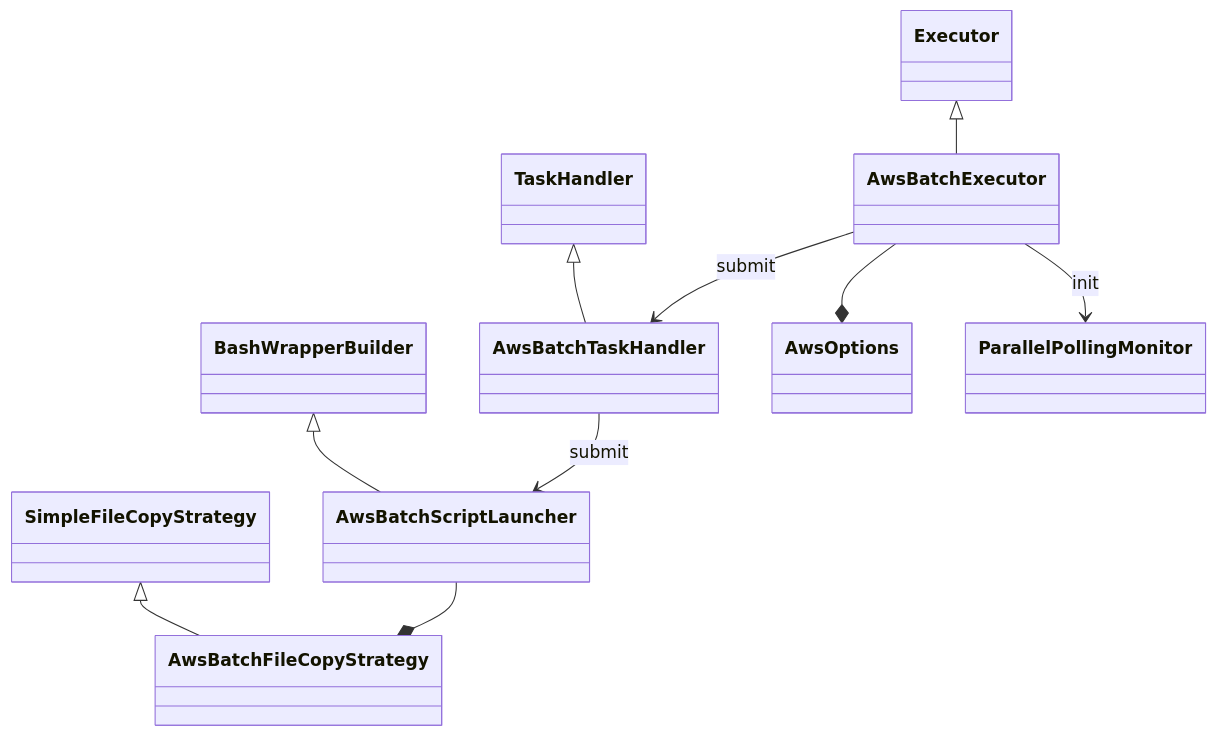
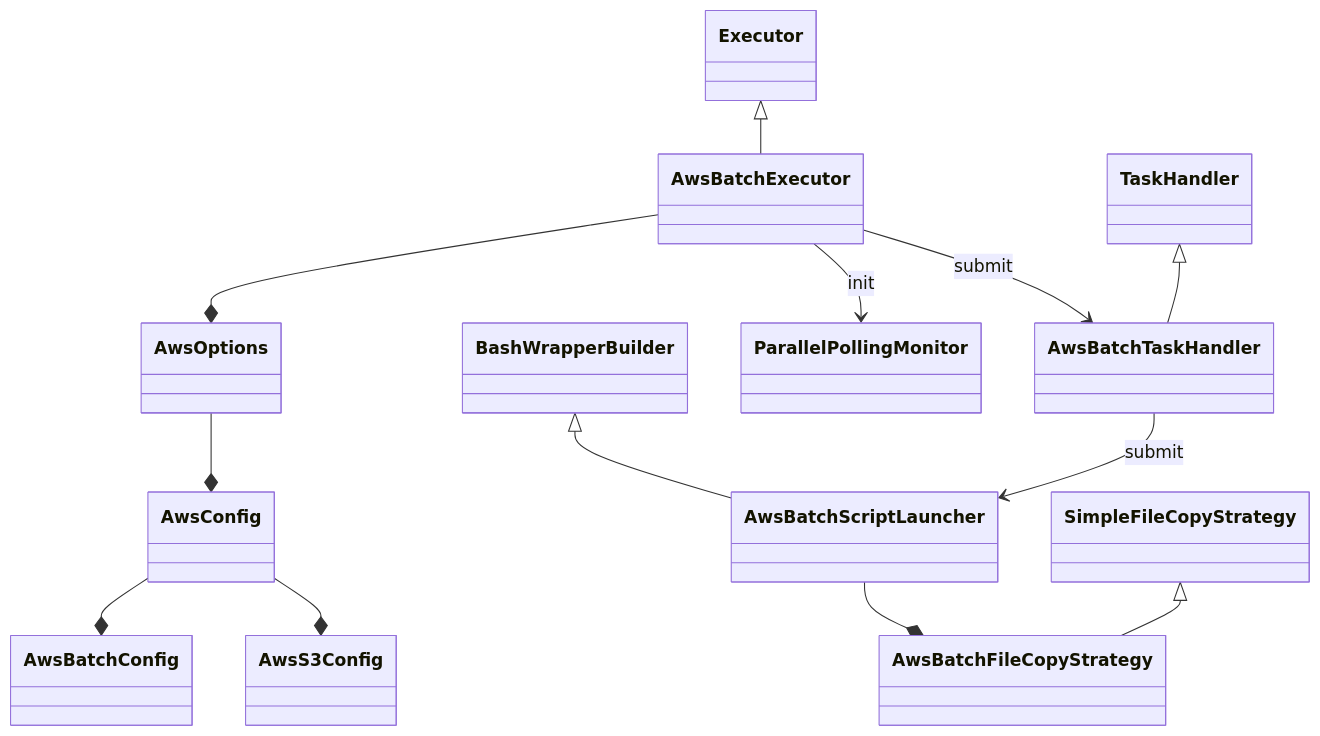
Before and after one commit to nextflow-io/nextflow: the diagram in docs/developer/diagrams/nextflow.cloud.aws.mmd, drawn with Mermaid. The commit also changed 25 other files, not shown here.

```diff
--- a/docs/developer/diagrams/nextflow.cloud.aws.mmd
+++ b/docs/developer/diagrams/nextflow.cloud.aws.mmd
@@ -1,16 +1,19 @@
 classDiagram
     %%
     %% nextflow.cloud.aws
     %%
     Executor <|-- AwsBatchExecutor
     TaskHandler <|-- AwsBatchTaskHandler
     BashWrapperBuilder <|-- AwsBatchScriptLauncher
 
     AwsBatchExecutor --* AwsOptions
+    AwsOptions --* AwsConfig
+    AwsConfig --* AwsBatchConfig
+    AwsConfig --* AwsS3Config
 
     AwsBatchExecutor --> ParallelPollingMonitor : init
     AwsBatchExecutor --> AwsBatchTaskHandler : submit
     AwsBatchTaskHandler --> AwsBatchScriptLauncher : submit
 
     SimpleFileCopyStrategy <|-- AwsBatchFileCopyStrategy
     AwsBatchScriptLauncher --* AwsBatchFileCopyStrategy
```
